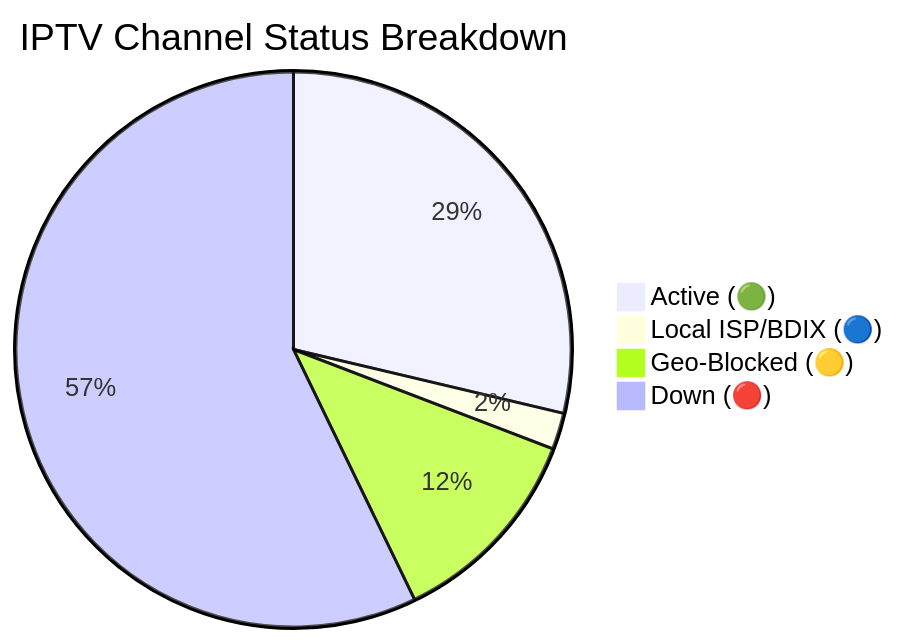
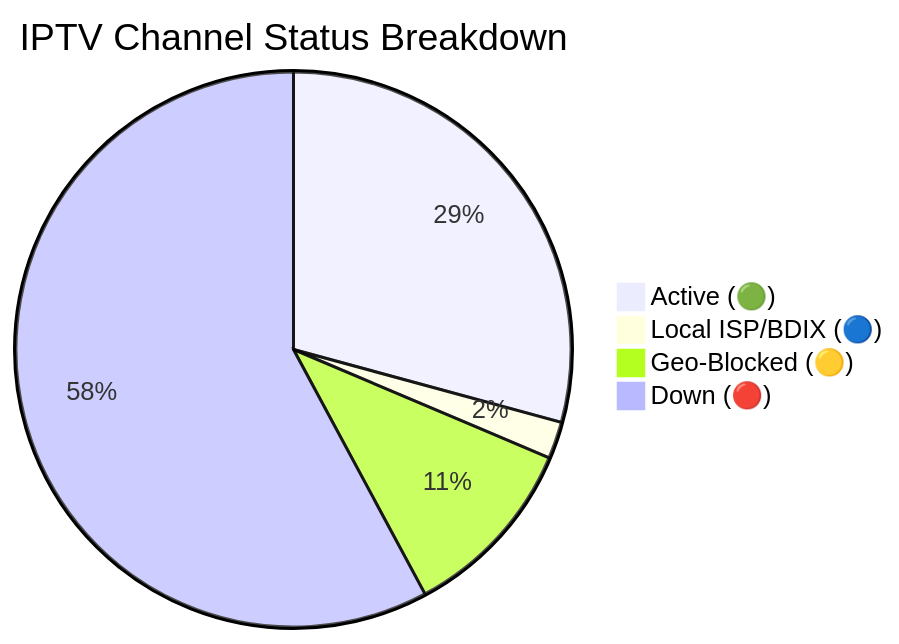
Before and after one commit to andreataylord/Ip-tv-Collection: the diagram in README.md, drawn with Mermaid. The commit also changed other lines of this file and 2 other files, not shown here.

````diff
--- a/README.md
+++ b/README.md
@@ -59,7 +59,7 @@
 ```mermaid
 pie title IPTV Channel Status Breakdown
-    "Active (🟢)" : 1729
+    "Active (🟢)" : 1740
     "Local ISP/BDIX (🔵)" : 128
-    "Geo-Blocked (🟡)" : 723
-    "Down (🔴)" : 3445
+    "Geo-Blocked (🟡)" : 641
+    "Down (🔴)" : 3444
 ```
````
